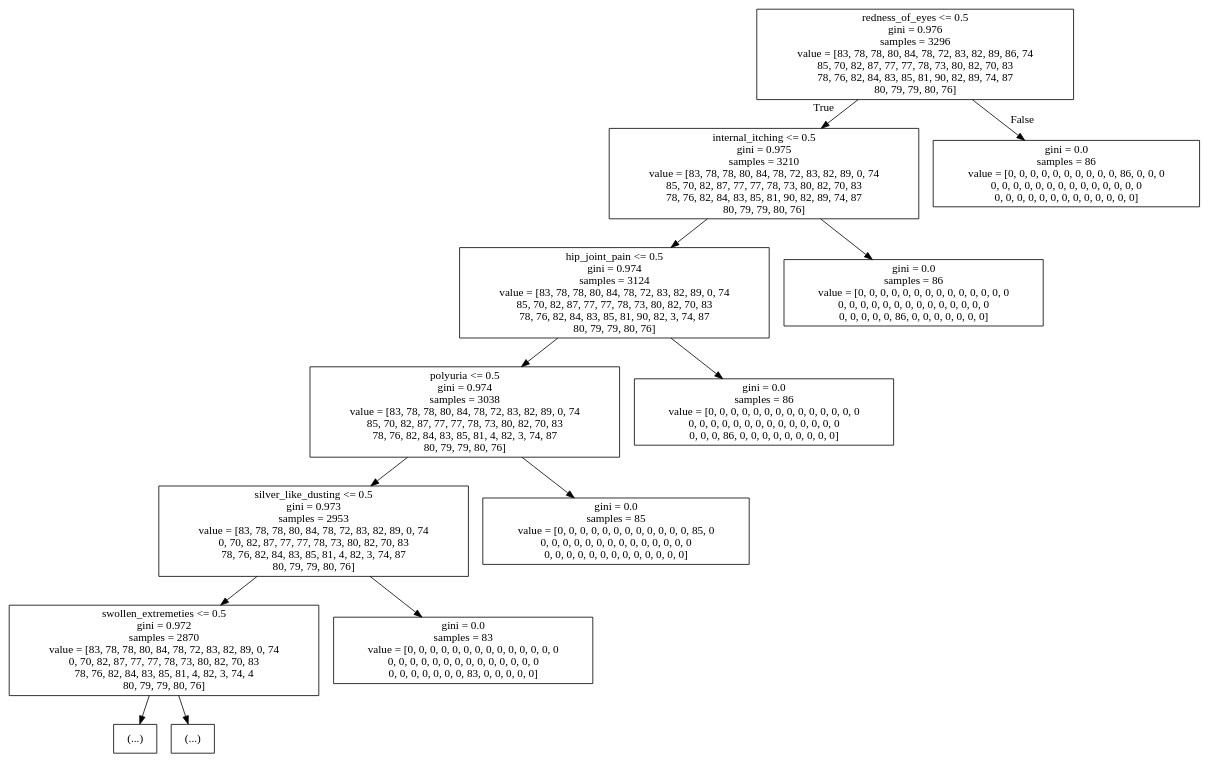
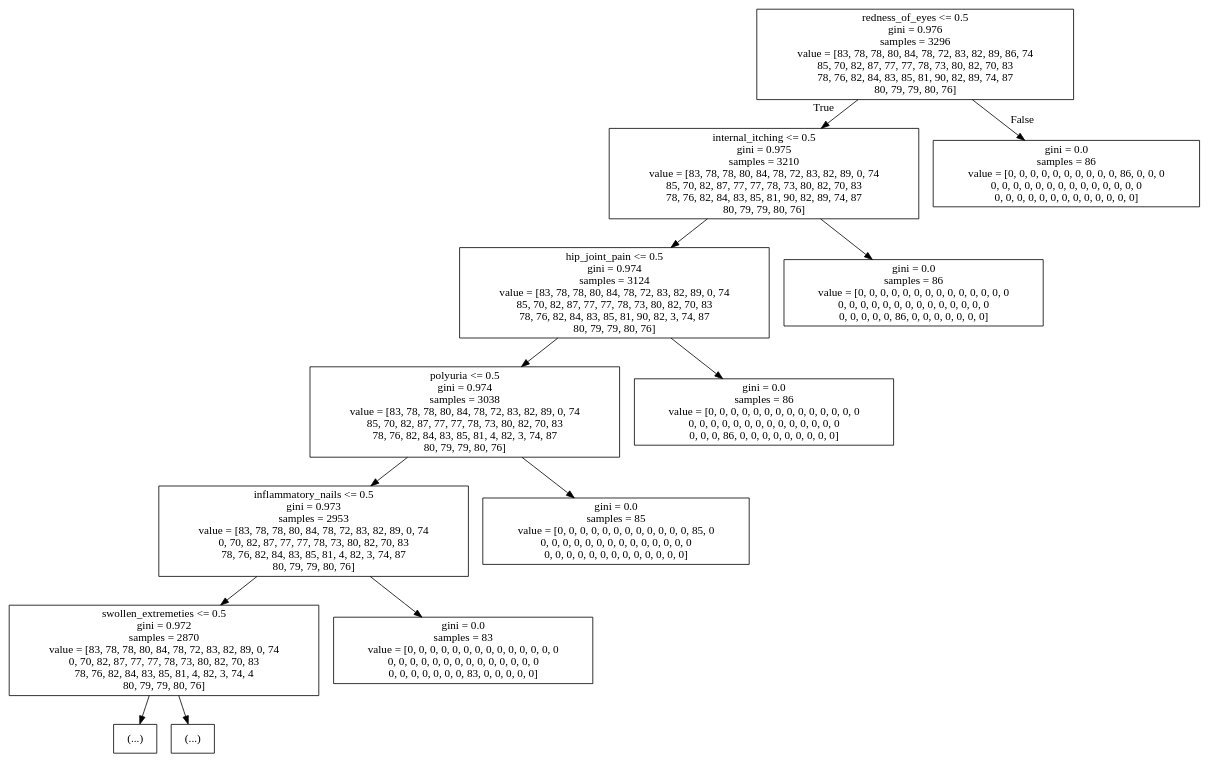
The diagram in Predicting-Diseases/DOT-files/tree-top5.dot (sankharr/onclinic-pushTest), drawn with Graphviz before and after one commit. The commit also changed 5 other files, not shown here.

```diff
--- a/Predicting-Diseases/DOT-files/tree-top5.dot
+++ b/Predicting-Diseases/DOT-files/tree-top5.dot
@@ -1,28 +1,28 @@
 digraph Tree {
 node [shape=box] ;
 0 [label="redness_of_eyes <= 0.5\ngini = 0.976\nsamples = 3296\nvalue = [83, 78, 78, 80, 84, 78, 72, 83, 82, 89, 86, 74\n85, 70, 82, 87, 77, 77, 78, 73, 80, 82, 70, 83\n78, 76, 82, 84, 83, 85, 81, 90, 82, 89, 74, 87\n80, 79, 79, 80, 76]"] ;
 1 [label="internal_itching <= 0.5\ngini = 0.975\nsamples = 3210\nvalue = [83, 78, 78, 80, 84, 78, 72, 83, 82, 89, 0, 74\n85, 70, 82, 87, 77, 77, 78, 73, 80, 82, 70, 83\n78, 76, 82, 84, 83, 85, 81, 90, 82, 89, 74, 87\n80, 79, 79, 80, 76]"] ;
 0 -> 1 [labeldistance=2.5, labelangle=45, headlabel="True"] ;
 2 [label="hip_joint_pain <= 0.5\ngini = 0.974\nsamples = 3124\nvalue = [83, 78, 78, 80, 84, 78, 72, 83, 82, 89, 0, 74\n85, 70, 82, 87, 77, 77, 78, 73, 80, 82, 70, 83\n78, 76, 82, 84, 83, 85, 81, 90, 82, 3, 74, 87\n80, 79, 79, 80, 76]"] ;
 1 -> 2 ;
 3 [label="polyuria <= 0.5\ngini = 0.974\nsamples = 3038\nvalue = [83, 78, 78, 80, 84, 78, 72, 83, 82, 89, 0, 74\n85, 70, 82, 87, 77, 77, 78, 73, 80, 82, 70, 83\n78, 76, 82, 84, 83, 85, 81, 4, 82, 3, 74, 87\n80, 79, 79, 80, 76]"] ;
 2 -> 3 ;
-4 [label="silver_like_dusting <= 0.5\ngini = 0.973\nsamples = 2953\nvalue = [83, 78, 78, 80, 84, 78, 72, 83, 82, 89, 0, 74\n0, 70, 82, 87, 77, 77, 78, 73, 80, 82, 70, 83\n78, 76, 82, 84, 83, 85, 81, 4, 82, 3, 74, 87\n80, 79, 79, 80, 76]"] ;
+4 [label="inflammatory_nails <= 0.5\ngini = 0.973\nsamples = 2953\nvalue = [83, 78, 78, 80, 84, 78, 72, 83, 82, 89, 0, 74\n0, 70, 82, 87, 77, 77, 78, 73, 80, 82, 70, 83\n78, 76, 82, 84, 83, 85, 81, 4, 82, 3, 74, 87\n80, 79, 79, 80, 76]"] ;
 3 -> 4 ;
 5 [label="swollen_extremeties <= 0.5\ngini = 0.972\nsamples = 2870\nvalue = [83, 78, 78, 80, 84, 78, 72, 83, 82, 89, 0, 74\n0, 70, 82, 87, 77, 77, 78, 73, 80, 82, 70, 83\n78, 76, 82, 84, 83, 85, 81, 4, 82, 3, 74, 4\n80, 79, 79, 80, 76]"] ;
 4 -> 5 ;
 6 [label="(...)"] ;
 5 -> 6 ;
 141 [label="(...)"] ;
 5 -> 141 ;
 142 [label="gini = 0.0\nsamples = 83\nvalue = [0, 0, 0, 0, 0, 0, 0, 0, 0, 0, 0, 0, 0, 0\n0, 0, 0, 0, 0, 0, 0, 0, 0, 0, 0, 0, 0, 0\n0, 0, 0, 0, 0, 0, 0, 83, 0, 0, 0, 0, 0]"] ;
 4 -> 142 ;
 143 [label="gini = 0.0\nsamples = 85\nvalue = [0, 0, 0, 0, 0, 0, 0, 0, 0, 0, 0, 0, 85, 0\n0, 0, 0, 0, 0, 0, 0, 0, 0, 0, 0, 0, 0, 0\n0, 0, 0, 0, 0, 0, 0, 0, 0, 0, 0, 0, 0]"] ;
 3 -> 143 ;
 144 [label="gini = 0.0\nsamples = 86\nvalue = [0, 0, 0, 0, 0, 0, 0, 0, 0, 0, 0, 0, 0, 0\n0, 0, 0, 0, 0, 0, 0, 0, 0, 0, 0, 0, 0, 0\n0, 0, 0, 86, 0, 0, 0, 0, 0, 0, 0, 0, 0]"] ;
 2 -> 144 ;
 145 [label="gini = 0.0\nsamples = 86\nvalue = [0, 0, 0, 0, 0, 0, 0, 0, 0, 0, 0, 0, 0, 0\n0, 0, 0, 0, 0, 0, 0, 0, 0, 0, 0, 0, 0, 0\n0, 0, 0, 0, 0, 86, 0, 0, 0, 0, 0, 0, 0]"] ;
 1 -> 145 ;
 146 [label="gini = 0.0\nsamples = 86\nvalue = [0, 0, 0, 0, 0, 0, 0, 0, 0, 0, 86, 0, 0, 0\n0, 0, 0, 0, 0, 0, 0, 0, 0, 0, 0, 0, 0, 0\n0, 0, 0, 0, 0, 0, 0, 0, 0, 0, 0, 0, 0]"] ;
 0 -> 146 [labeldistance=2.5, labelangle=-45, headlabel="False"] ;
 }
```
